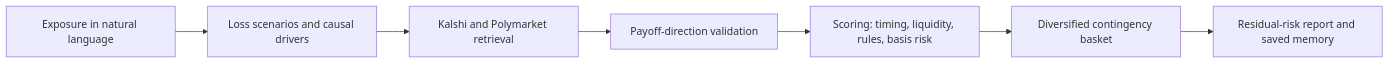
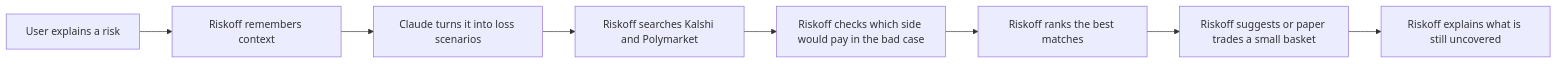
One commit to Eligiond/Prediction-Hedging changed the diagram in README.md. Above: the diagram before and after it, drawn with Mermaid. The commit also changed other lines of this file, not shown here.

Commit message:
Rewrite README for the new Riskoff product framing

````diff
--- a/README.md
+++ b/README.md
@@ -15,9 +9,10 @@
 ```mermaid
 flowchart LR
-  A[Exposure in natural language] --> B[Loss scenarios and causal drivers]
-  B --> C[Kalshi and Polymarket retrieval]
-  C --> D[Payoff-direction validation]
-  D --> E[Scoring: timing, liquidity, rules, basis risk]
-  E --> F[Diversified contingency basket]
-  F --> G[Residual-risk report and saved memory]
+  A[User explains a risk] --> B[Riskoff remembers context]
+  B --> C[Claude turns it into loss scenarios]
+  C --> D[Riskoff searches Kalshi and Polymarket]
+  D --> E[Riskoff checks which side would pay in the bad case]
+  E --> F[Riskoff ranks the best matches]
+  F --> G[Riskoff suggests or paper trades a small basket]
+  G --> H[Riskoff explains what is still uncovered]
 ```
````
